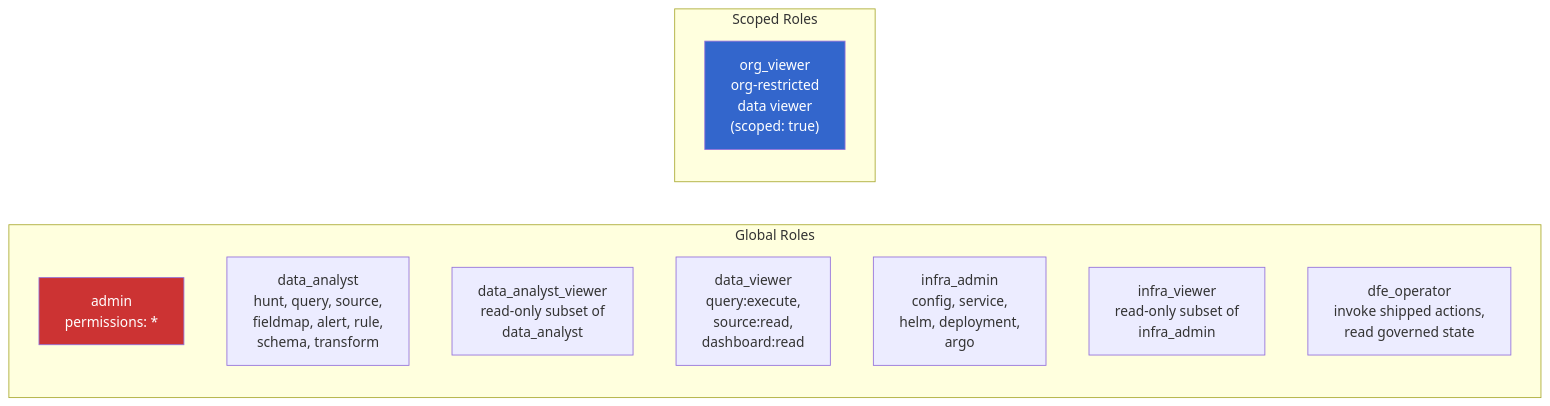
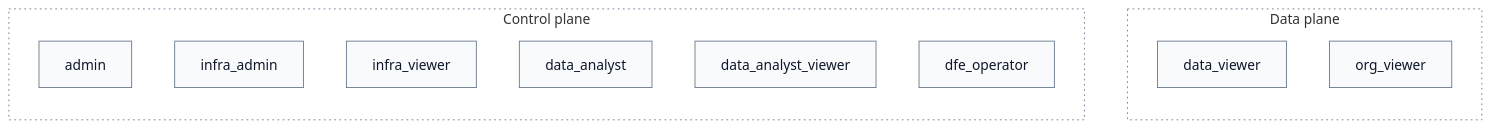
One commit to hyperi-io/dfe-engine changed the third of 8 diagrams in docs/control-plane/rbac.md. Above: the diagram before and after it, drawn with Mermaid. The commit also changed other lines of this file and 71 other files, not shown here.

First line of the commit message:
docs(engine): fix 159 claims and redraw every diagram

````diff
--- a/docs/control-plane/rbac.md
+++ b/docs/control-plane/rbac.md
@@ -220,19 +203,27 @@
 ```mermaid
-graph LR
-    subgraph "Global Roles"
-        ADMIN["admin<br/>permissions: *"]
-        DA["data_analyst<br/>hunt, query, source,<br/>fieldmap, alert, rule,<br/>schema, transform"]
-        DAV["data_analyst_viewer<br/>read-only subset of<br/>data_analyst"]
-        DV["data_viewer<br/>query:execute,<br/>source:read,<br/>dashboard:read"]
-        IA["infra_admin<br/>config, service,<br/>helm, deployment,<br/>argo"]
-        IV["infra_viewer<br/>read-only subset of<br/>infra_admin"]
-        OP["dfe_operator<br/>invoke shipped actions,<br/>read governed state"]
+flowchart LR
+    accTitle: L4 Detail -- Built-in roles
+    accDescr: Six built-in roles grant control-plane actions: admin, infra_admin, infra_viewer, data_analyst, data_analyst_viewer and dfe_operator. Two grant data-plane reads: data_viewer and the scoped org_viewer.
+
+    subgraph ctrl["Control plane"]
+        direction TB
+        admin["admin"]
+        infra_admin["infra_admin"]
+        infra_viewer["infra_viewer"]
+        data_analyst["data_analyst"]
+        data_analyst_viewer["data_analyst_viewer"]
+        dfe_operator["dfe_operator"]
     end
 
-    subgraph "Scoped Roles"
-        CV["org_viewer<br/>org-restricted<br/>data viewer<br/>(scoped: true)"]
+    subgraph dataplane["Data plane"]
+        direction TB
+        data_viewer["data_viewer"]
+        org_viewer["org_viewer"]
     end
 
-    style ADMIN fill:#c33,color:#fff
-    style CV fill:#36c,color:#fff
+    ctrl ~~~ dataplane
+
+    classDef default fill:#F8FAFC,stroke:#64748B,stroke-width:1px,color:#0F172A
+    classDef group fill:none,stroke:#64748B,stroke-width:1px,stroke-dasharray:2 4
+    class ctrl,dataplane group
 ```
````
